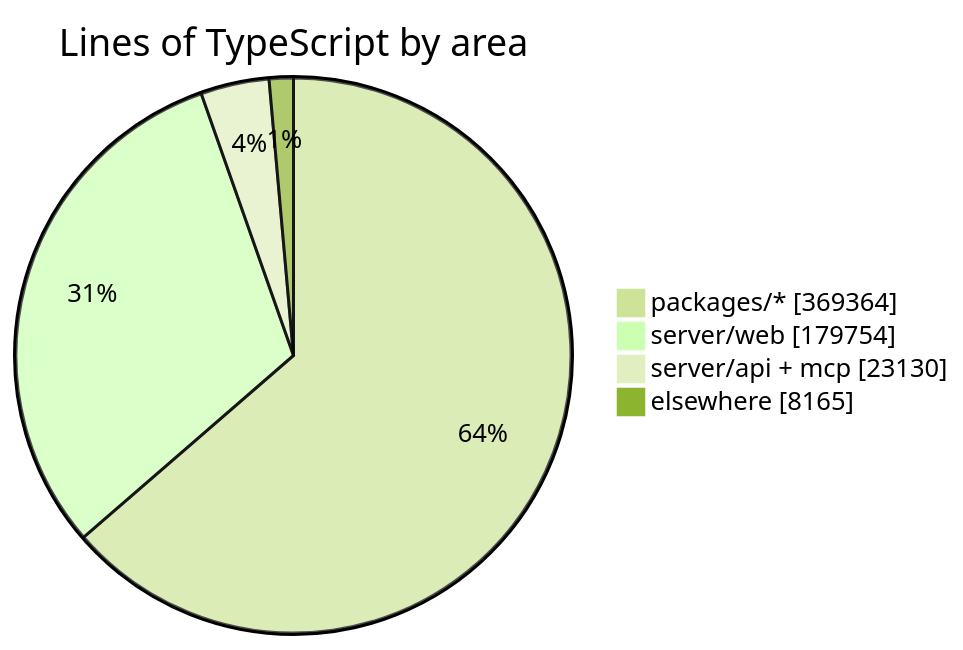
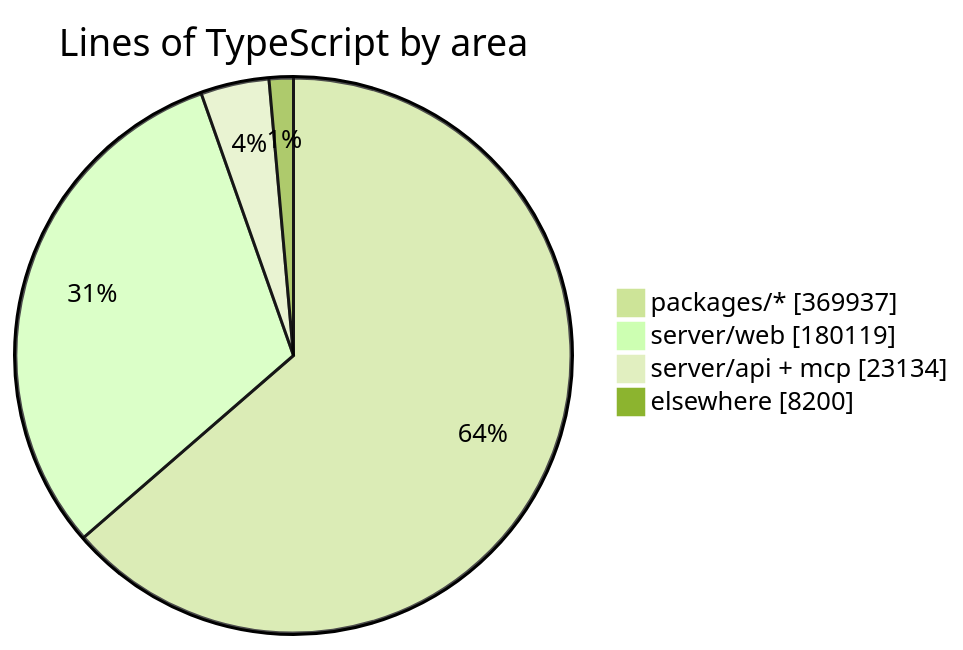
The diagram in README.md (crossworks-engineering/mantle), drawn with Mermaid (forest theme) before and after one commit. The commit also changed other lines of this file and 2 other files, not shown here.

````diff
--- a/README.md
+++ b/README.md
@@ -294,7 +294,7 @@
 ```mermaid
 pie showData title Lines of TypeScript by area
-    "packages/*" : 369364
-    "server/web" : 179754
-    "server/api + mcp" : 23130
-    "elsewhere" : 8165
+    "packages/*" : 369937
+    "server/web" : 180119
+    "server/api + mcp" : 23134
+    "elsewhere" : 8200
 ```
````
